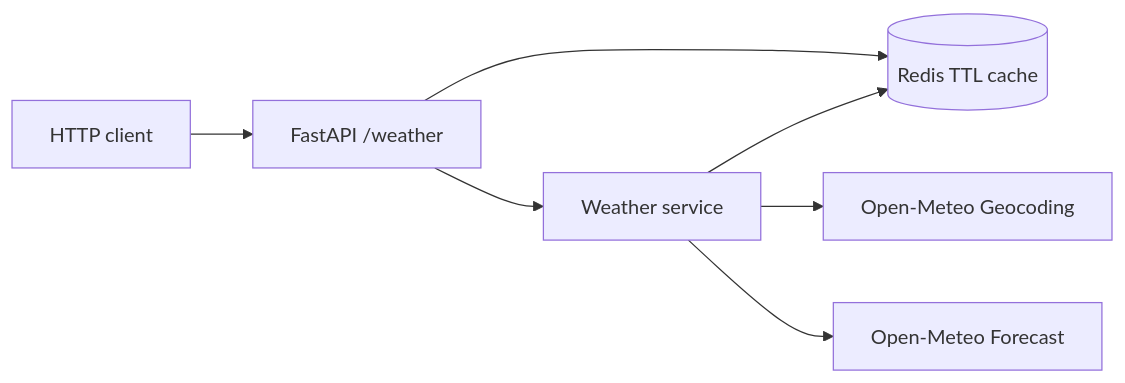
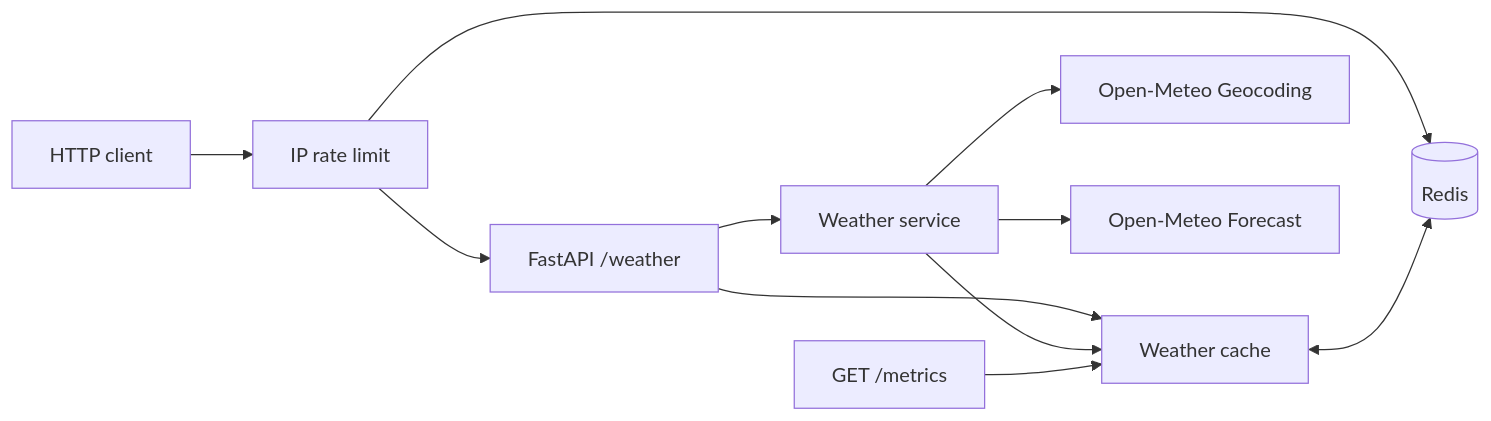
Before and after one commit to RamonRDR/weather-cache-api: the diagram in README.md, drawn with Mermaid. The commit also changed other lines of this file and 3 other files, not shown here.

````diff
--- a/README.md
+++ b/README.md
@@ -13,9 +13,13 @@
 ```mermaid
 flowchart LR
-  Client[HTTP client] --> API[FastAPI /weather]
-  API --> Cache[(Redis TTL cache)]
+  Client[HTTP client] --> Limit[IP rate limit]
+  Limit --> API[FastAPI /weather]
+  Limit --> Redis[(Redis)]
+  API --> Cache[Weather cache]
+  Cache <--> Redis
   API --> Service[Weather service]
   Service --> Geo[Open-Meteo Geocoding]
   Service --> Forecast[Open-Meteo Forecast]
   Service --> Cache
+  Metrics[GET /metrics] --> Cache
 ```
````
